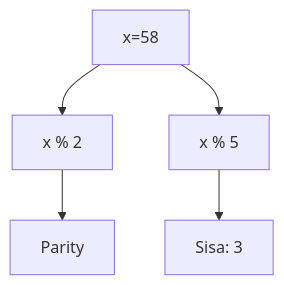
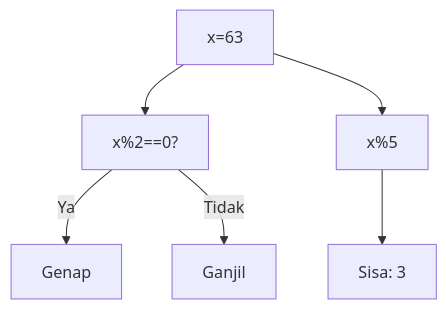
One commit to amnahwaida/OSNK_INF_PREP changed diagram 19 of 25 in part-c-pemahaman-cpp/06-bitwise/latihan/set-05.md. Above: the diagram before and after it, drawn with Mermaid. The commit also changed other lines of this file and 71 other files, not shown here.

Commit message:
Fixed Mermaid syntax lexical errors with quoted labels in 1,800 questions

````diff
--- a/part-c-pemahaman-cpp/06-bitwise/latihan/set-05.md
+++ b/part-c-pemahaman-cpp/06-bitwise/latihan/set-05.md
@@ -604,7 +588,8 @@
 ```mermaid
 graph TD
-A[x=58] --> B[x % 2]
-B --> C[Parity]
-A --> D[x % 5]
-D --> E[Sisa: 3]
+A["x=63"] --> B["x%2==0?"]
+B -- Ya --> C["Genap"]
+B -- Tidak --> D["Ganjil"]
+A --> E["x%5"]
+E --> F["Sisa: 3"]
 ```
````
